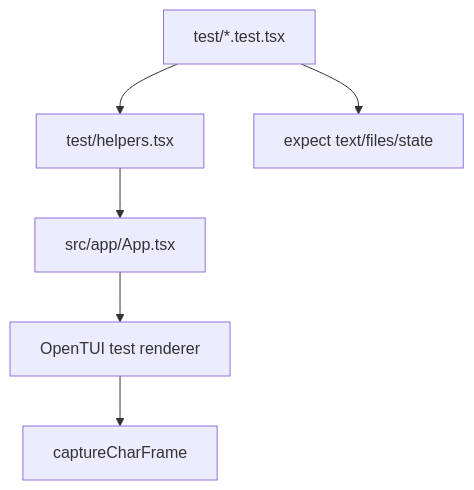
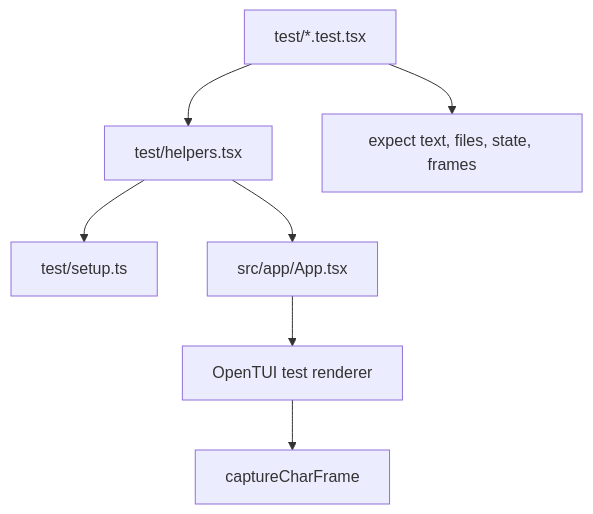
One commit to dotbrains/dune changed the first of 3 diagrams in docs/testing.md. Above: the diagram before and after it, drawn with Mermaid. The commit also changed other lines of this file and 4 other files, not shown here.

````diff
--- a/docs/testing.md
+++ b/docs/testing.md
@@ -5,8 +7,9 @@
 ```mermaid
 flowchart TD
   Test[test/*.test.tsx] --> Helpers[test/helpers.tsx]
+  Helpers --> Setup[test/setup.ts]
   Helpers --> App[src/app/App.tsx]
   App --> Renderer[OpenTUI test renderer]
   Renderer --> Frame[captureCharFrame]
-  Test --> Assert[expect text/files/state]
+  Test --> Assert[expect text, files, state, frames]
 ```
````
